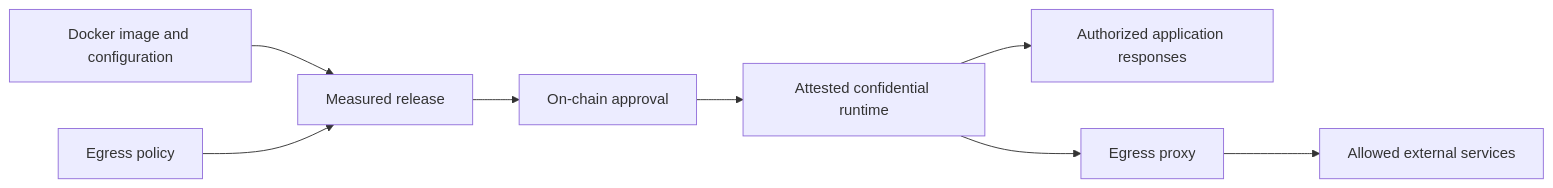
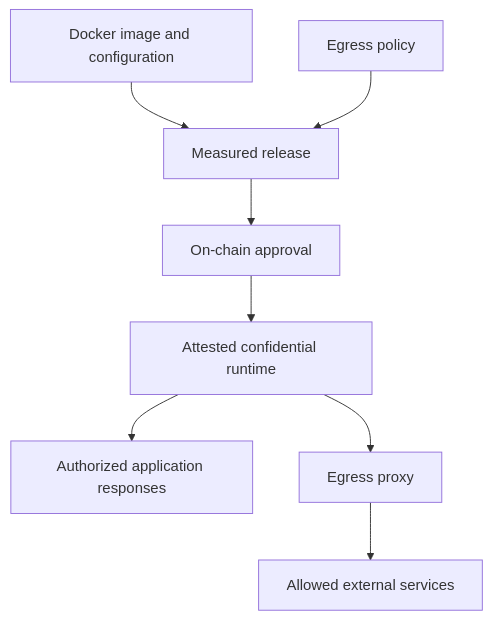
One commit to LIT-Protocol/chipotle changed the diagram in docs/ai/overview.mdx. Above: the diagram before and after it, drawn with Mermaid. The commit also changed other lines of this file, not shown here.

Commit message:
docs: tighten AI introduction and improve diagram readability

````diff
--- a/docs/ai/overview.mdx
+++ b/docs/ai/overview.mdx
@@ -20,10 +20,10 @@
 ```mermaid
-flowchart LR
+flowchart TB
   A[Docker image and configuration] --> B[Measured release]
   E[Egress policy] --> B
   B --> C[On-chain approval]
   C --> D[Attested confidential runtime]
   D --> F[Authorized application responses]
   D --> G[Egress proxy]
   G --> H[Allowed external services]
 ```
````
